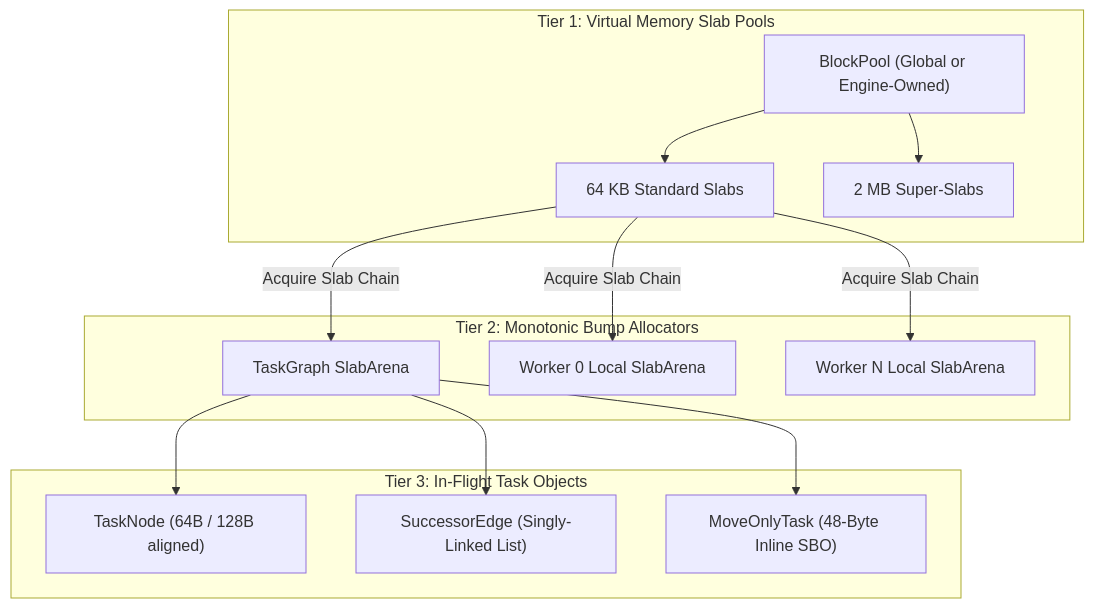
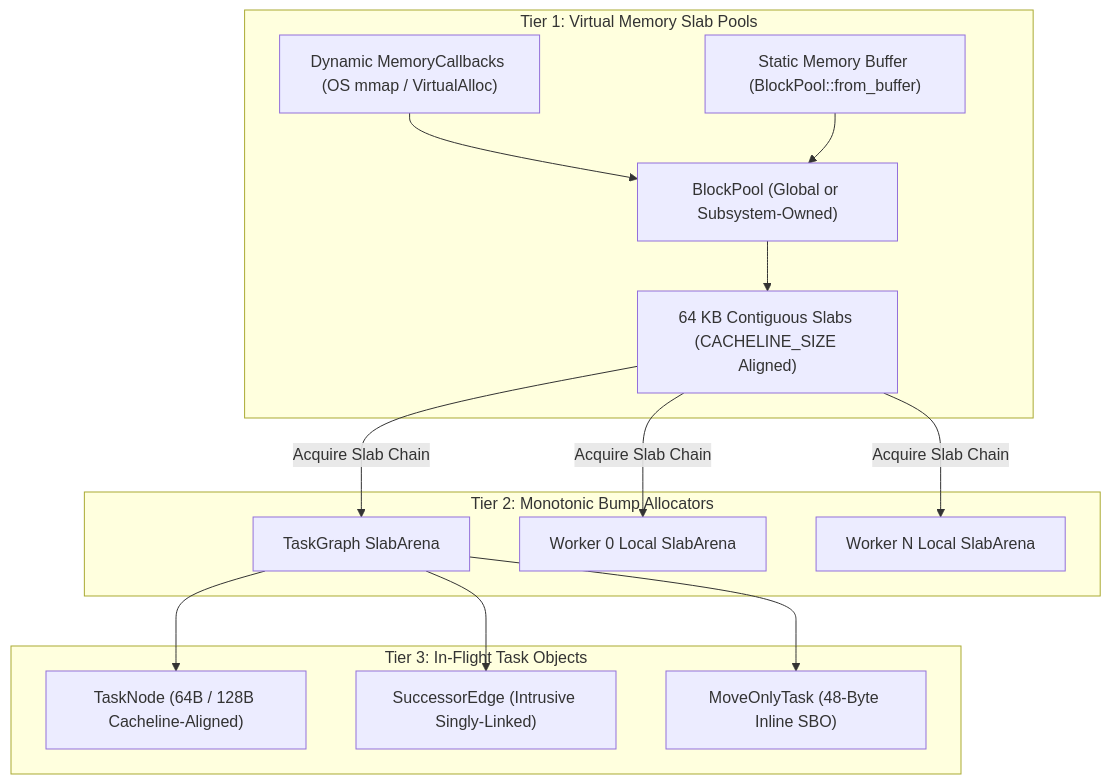
The diagram in docs/api/memory.md (gxxtrp/LightFlow), drawn with Mermaid before and after one commit. The commit also changed other lines of this file and 2 other files, not shown here.

Commit message:
docs(memory): add memory architecture documentation and engine recipes (Issue 04)

````diff
--- a/docs/api/memory.md
+++ b/docs/api/memory.md
@@ -11,28 +11,30 @@
 ```mermaid
 flowchart TD
     subgraph Tier1["Tier 1: Virtual Memory Slab Pools"]
-        BP["BlockPool (Global or Engine-Owned)"]
-        S64["64 KB Standard Slabs"]
-        S2M["2 MB Super-Slabs"]
+        BP["BlockPool (Global or Subsystem-Owned)"]
+        SRC1["Dynamic MemoryCallbacks (OS mmap / VirtualAlloc)"]
+        SRC2["Static Memory Buffer (BlockPool::from_buffer)"]
+        SRC1 --> BP
+        SRC2 --> BP
+        S64["64 KB Contiguous Slabs (CACHELINE_SIZE Aligned)"]
         BP --> S64
-        BP --> S2M
     end
 
     subgraph Tier2["Tier 2: Monotonic Bump Allocators"]
         SA_G["TaskGraph SlabArena"]
         SA_W0["Worker 0 Local SlabArena"]
         SA_WN["Worker N Local SlabArena"]
         S64 -->|Acquire Slab Chain| SA_G
         S64 -->|Acquire Slab Chain| SA_W0
         S64 -->|Acquire Slab Chain| SA_WN
     end
 
     subgraph Tier3["Tier 3: In-Flight Task Objects"]
-        TN["TaskNode (64B / 128B aligned)"]
-        ED["SuccessorEdge (Singly-Linked List)"]
+        TN["TaskNode (64B / 128B Cacheline-Aligned)"]
+        ED["SuccessorEdge (Intrusive Singly-Linked)"]
         MOT["MoveOnlyTask (48-Byte Inline SBO)"]
         SA_G --> TN
         SA_G --> ED
         SA_G --> MOT
     end
 ```
````
